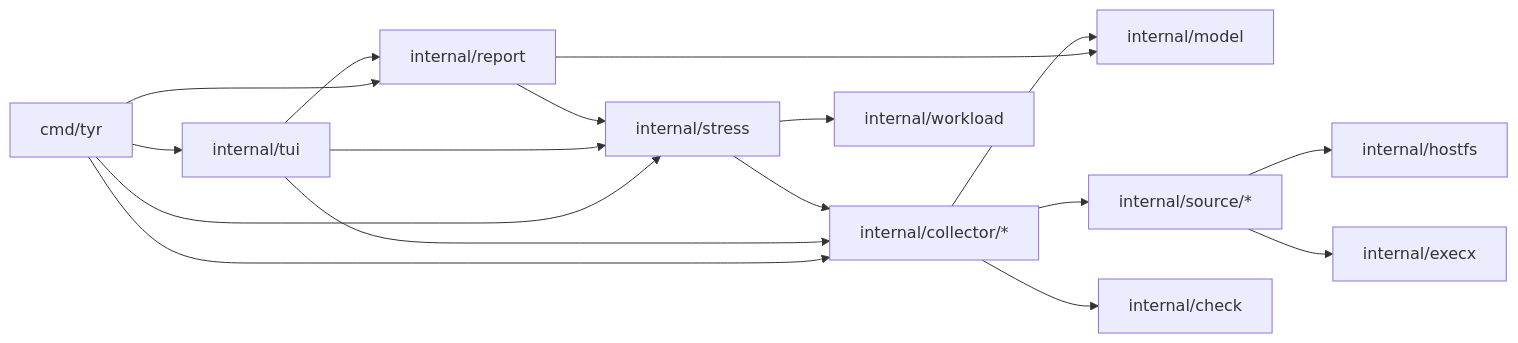
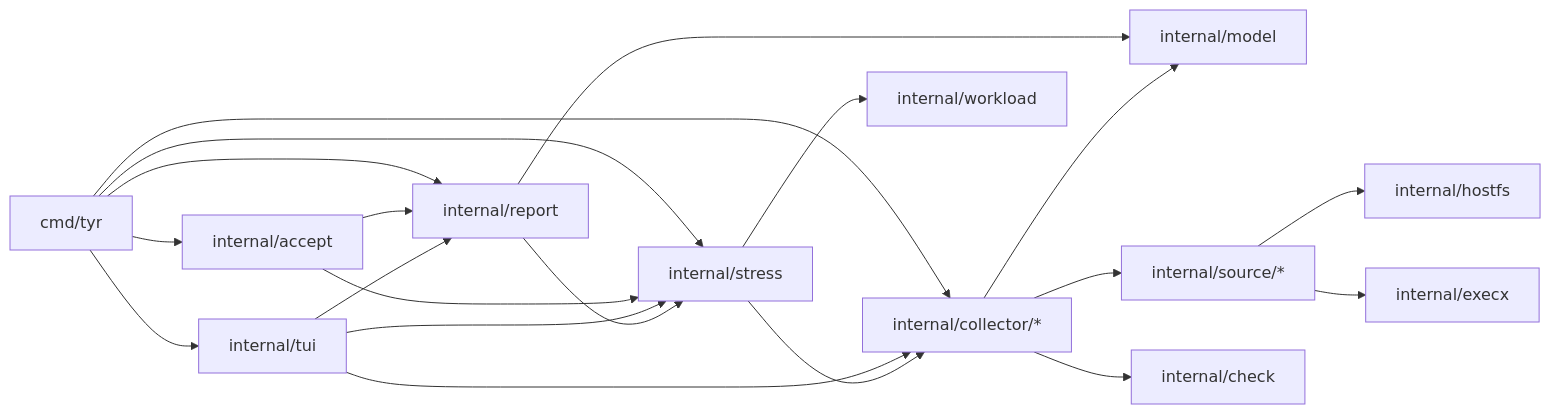
One commit to noahzmr/tyr changed the diagram in DEVELOPER.md. Above: the diagram before and after it, drawn with Mermaid. The commit also changed other lines of this file and 34 other files, not shown here.

````diff
--- a/DEVELOPER.md
+++ b/DEVELOPER.md
@@ -48,9 +49,10 @@
 ```mermaid
 flowchart LR
-    cmd["cmd/tyr"] --> tui & report & stress & collector
+    cmd["cmd/tyr"] --> tui & report & stress & collector & accept["internal/accept"]
+    accept --> report & stress
     tui["internal/tui"] --> report & stress & collector
     report["internal/report"] --> stress & model
     stress["internal/stress"] --> collector & workload["internal/workload"]
     collector["internal/collector/*"] --> source["internal/source/*"] & check["internal/check"] & model["internal/model"]
     source --> hostfs["internal/hostfs"] & execx["internal/execx"]
 ```
````
